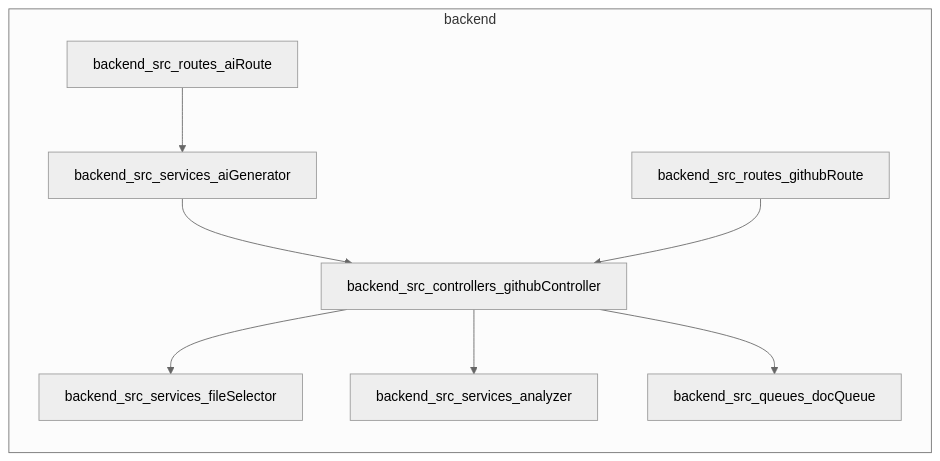
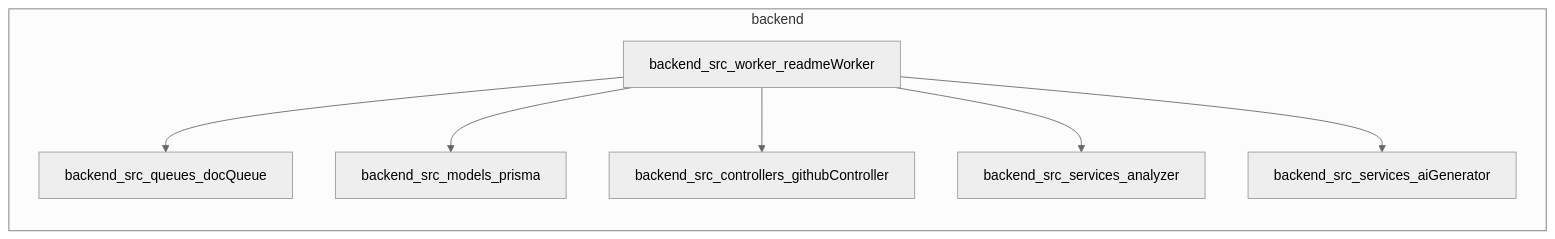
The diagram in README.md (Devesh326/ai-document-generator), drawn with Mermaid (neutral theme) before and after one commit.

Commit message:
docs: add AI generated README v57

````diff
--- a/README.md
+++ b/README.md
@@ -24,11 +24,10 @@
 ```mermaid
 graph LR
   subgraph backend
-    backend_src_controllers_githubController --> backend_src_services_fileSelector
-    backend_src_controllers_githubController --> backend_src_services_analyzer
-    backend_src_controllers_githubController --> backend_src_queues_docQueue
-    backend_src_services_aiGenerator --> backend_src_controllers_githubController
-    backend_src_routes_aiRoute --> backend_src_services_aiGenerator
-    backend_src_routes_githubRoute --> backend_src_controllers_githubController
+    backend_src_worker_readmeWorker --> backend_src_queues_docQueue
+    backend_src_worker_readmeWorker --> backend_src_models_prisma
+    backend_src_worker_readmeWorker --> backend_src_controllers_githubController
+    backend_src_worker_readmeWorker --> backend_src_services_analyzer
+    backend_src_worker_readmeWorker --> backend_src_services_aiGenerator
   end
 ```
````
